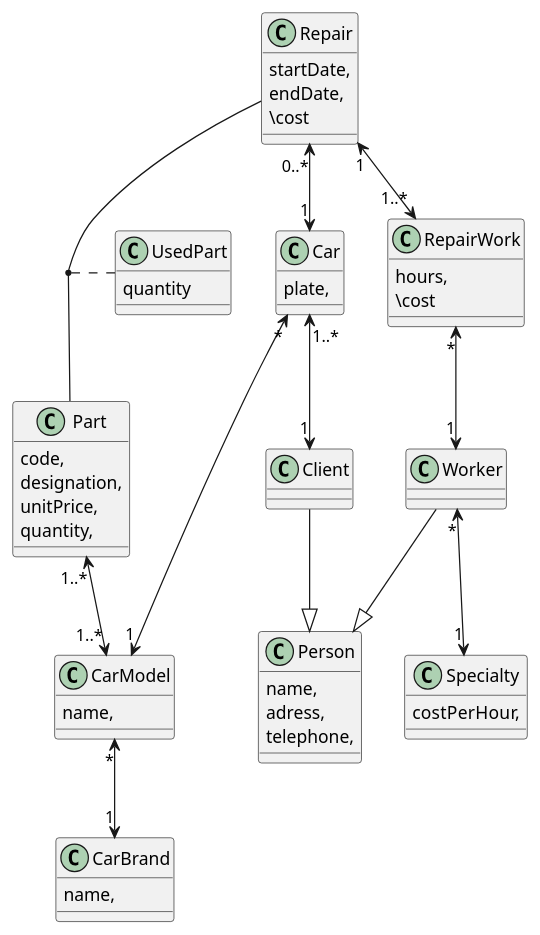
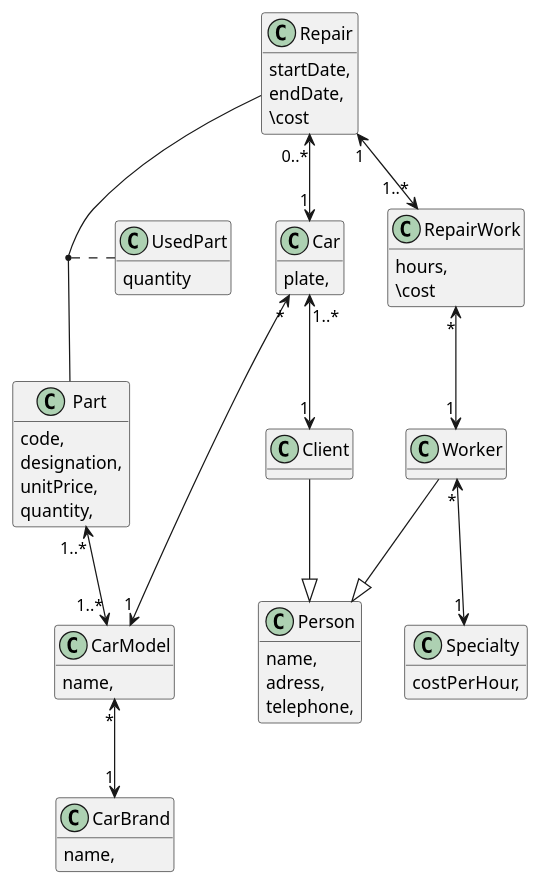
Before and after one commit to bdmendes/feup-bdad: the diagram in data_modelling/ex5.puml, drawn with PlantUML. The commit also changed 6 other files, not shown here.

```diff
--- a/data_modelling/ex5.puml
+++ b/data_modelling/ex5.puml
@@ -1,67 +1,69 @@
 @startuml repair_shop
 
 class Person {
     name,
     adress,
     telephone,
 }
 
 class Client {
 
 }
 
 class Car {
     plate,
 }
 
 class CarBrand {
     name,
 }
 
 class CarModel {
     name,
 }
 
 class Worker {
 
 }
 
 class Specialty {
     costPerHour,
 }
 
 class Part {
     code,
     designation,
     unitPrice,
     quantity,
 }
 
 class Repair {
     startDate,
     endDate,
     \cost
 }
 
 class UsedPart {
     quantity
 }
 
 class RepairWork {
     hours,
     \cost
 }
 
+hide methods
+
 Car "*" <--> "1" CarModel
 CarModel "*" <--> "1" CarBrand
 Car "1..*" <--> "1" Client
 Client --|> Person
 Worker --|> Person
 Worker "*" <--> "1" Specialty
 Repair "0..*" <--> "1" Car
 Repair "1" <--> "1..*" RepairWork
 Part "1..*" <--> "1..*" CarModel
 RepairWork "*" <--> "1" Worker
 (Repair, Part) . UsedPart
 
 @enduml
```
